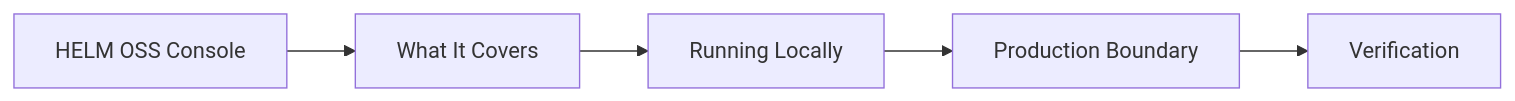
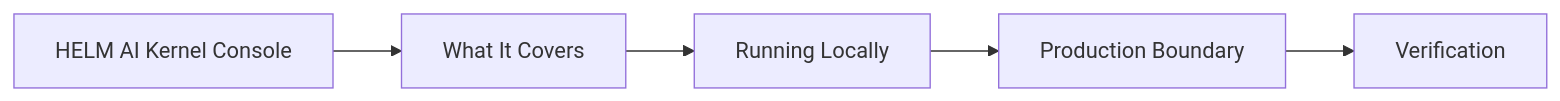
One commit to Mindburn-Labs/helm-ai-kernel changed the diagram in docs/CONSOLE.md. Above: the diagram before and after it, drawn with Mermaid. The commit also changed other lines of this file and 966 other files, not shown here.

First line of the commit message:
chore: complete helm-ai-kernel rename (#138)

````diff
--- a/docs/CONSOLE.md
+++ b/docs/CONSOLE.md
@@ -38,12 +38,12 @@
 ```mermaid
 flowchart LR
-  Page["HELM OSS Console"]
+  Page["HELM AI Kernel Console"]
   A["What It Covers"]
   B["Running Locally"]
   C["Production Boundary"]
   D["Verification"]
   Page --> A
   A --> B
   B --> C
   C --> D
 ```
````
